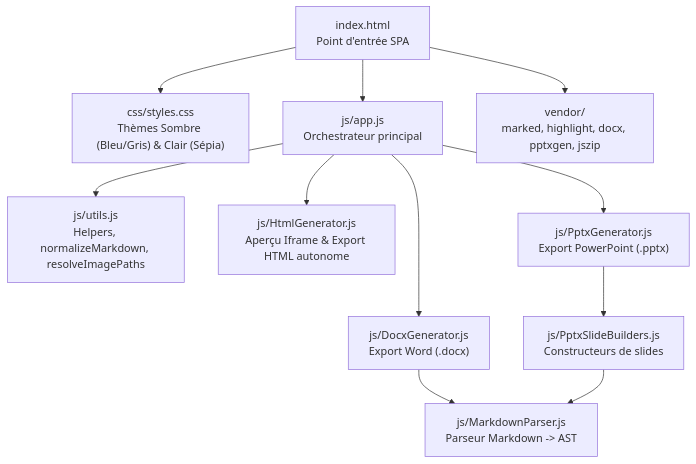
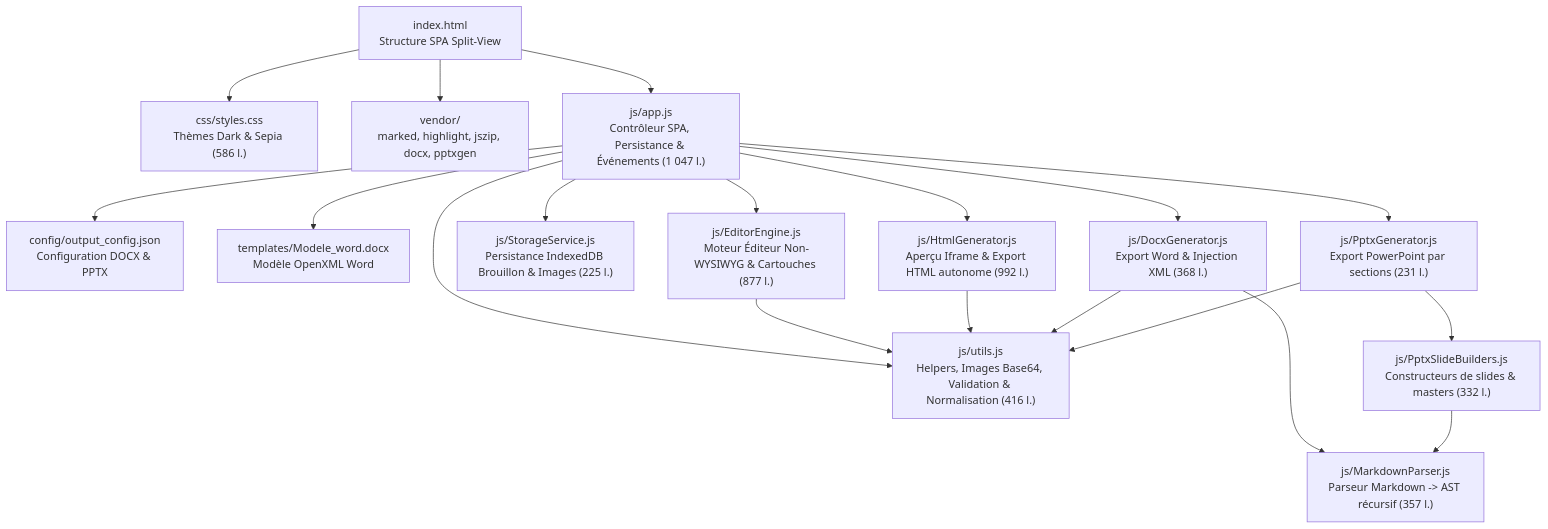
One commit to jiemji/md2print changed the first of 2 diagrams in .agents/artefacts/codebase_analysis.md. Above: the diagram before and after it, drawn with Mermaid. The commit also changed other lines of this file and 11 other files, not shown here.

Commit message:
feat: add IndexedDB persistence, recursive inline parsing, and EditorEngine module

````diff
--- a/.agents/artefacts/codebase_analysis.md
+++ b/.agents/artefacts/codebase_analysis.md
@@ -21,13 +24,24 @@
 ```mermaid
 graph TD
-    A["index.html<br/>Point d'entrée SPA"] --> B["css/styles.css<br/>Thèmes Sombre (Bleu/Gris) & Clair (Sépia)"]
-    A --> C["js/app.js<br/>Orchestrateur principal"]
-    A --> V["vendor/<br/>marked, highlight, docx, pptxgen, jszip"]
-    C --> U["js/utils.js<br/>Helpers, normalizeMarkdown, resolveImagePaths"]
-    C --> H["js/HtmlGenerator.js<br/>Aperçu Iframe & Export HTML autonome"]
-    C --> D["js/DocxGenerator.js<br/>Export Word (.docx)"]
-    C --> P["js/PptxGenerator.js<br/>Export PowerPoint (.pptx)"]
-    D --> M["js/MarkdownParser.js<br/>Parseur Markdown -> AST"]
-    P --> S["js/PptxSlideBuilders.js<br/>Constructeurs de slides"]
-    S --> M
+    HTML["index.html<br/>Structure SPA Split-View"] --> CSS["css/styles.css<br/>Thèmes Dark & Sepia (586 l.)"]
+    HTML --> VENDOR["vendor/<br/>marked, highlight, jszip, docx, pptxgen"]
+    HTML --> APP["js/app.js<br/>Contrôleur SPA, Persistance & Événements (1 047 l.)"]
+
+    APP --> CFG["config/output_config.json<br/>Configuration DOCX & PPTX"]
+    APP --> TPL["templates/Modele_word.docx<br/>Modèle OpenXML Word"]
+
+    APP --> EDITOR["js/EditorEngine.js<br/>Moteur Éditeur Non-WYSIWYG & Cartouches (877 l.)"]
+    APP --> STORAGE["js/StorageService.js<br/>Persistance IndexedDB Brouillon & Images (225 l.)"]
+    APP --> UTILS["js/utils.js<br/>Helpers, Images Base64, Validation & Normalisation (416 l.)"]
+    APP --> HTMLGEN["js/HtmlGenerator.js<br/>Aperçu Iframe & Export HTML autonome (992 l.)"]
+    APP --> DOCXGEN["js/DocxGenerator.js<br/>Export Word & Injection XML (368 l.)"]
+    APP --> PPTXGEN["js/PptxGenerator.js<br/>Export PowerPoint par sections (231 l.)"]
+
+    EDITOR --> UTILS
+    HTMLGEN --> UTILS
+    DOCXGEN --> UTILS
+    DOCXGEN --> PARSER["js/MarkdownParser.js<br/>Parseur Markdown -> AST récursif (357 l.)"]
+    PPTXGEN --> UTILS
+    PPTXGEN --> SLIDES["js/PptxSlideBuilders.js<br/>Constructeurs de slides & masters (332 l.)"]
+    SLIDES --> PARSER
 ```
````
